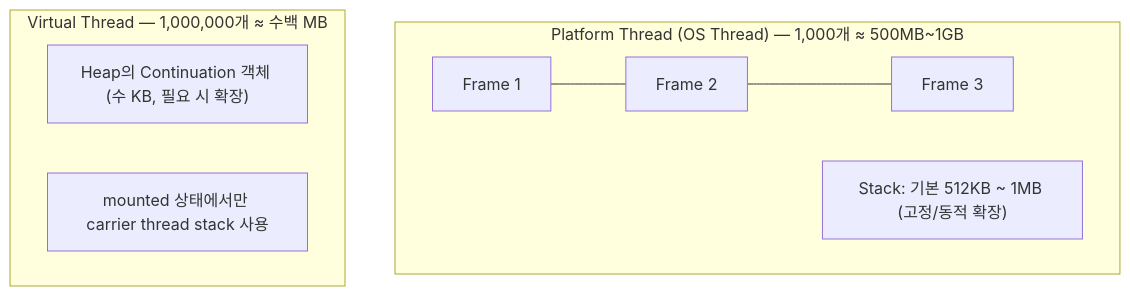
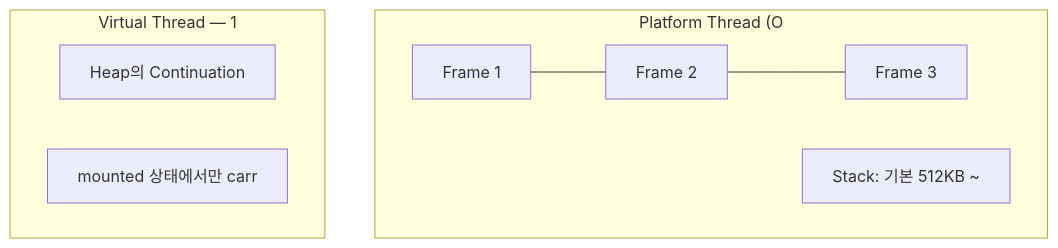
Before and after one commit to yjkim2015/yjkim2015.github.io: the second of 7 diagrams in _posts/java/2026-05-01-java-virtual-thread.md, drawn with Mermaid. The commit also changed other lines of this file and 271 other files, not shown here.

First line of the commit message:
Mermaid 라벨 축소: 긴 노드 텍스트 18자 이하로 트림 + \n 제거

````diff
--- a/_posts/java/2026-05-01-java-virtual-thread.md
+++ b/_posts/java/2026-05-01-java-virtual-thread.md
@@ -79,11 +79,11 @@
 ```mermaid
 graph TD
-  subgraph PT["Platform Thread (OS Thread) — 1,000개 ≈ 500MB~1GB"]
+  subgraph PT["Platform Thread (O"]
     F1[Frame 1] --- F2[Frame 2] --- F3[Frame 3]
-    NOTE1["Stack: 기본 512KB ~ 1MB (고정/동적 확장)"]
+    NOTE1["Stack: 기본 512KB ~"]
   end
-  subgraph VT["Virtual Thread — 1,000,000개 ≈ 수백 MB"]
-    CONT["Heap의 Continuation 객체 (수 KB, 필요 시 확장)"]
-    NOTE2["mounted 상태에서만 carrier thread stack 사용"]
+  subgraph VT["Virtual Thread — 1"]
+    CONT["Heap의 Continuation"]
+    NOTE2["mounted 상태에서만 carr"]
   end
 ```
````
